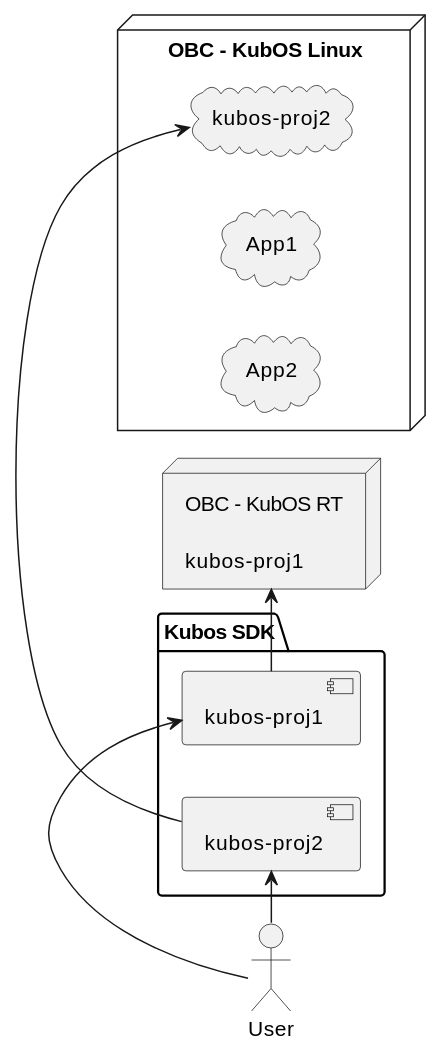
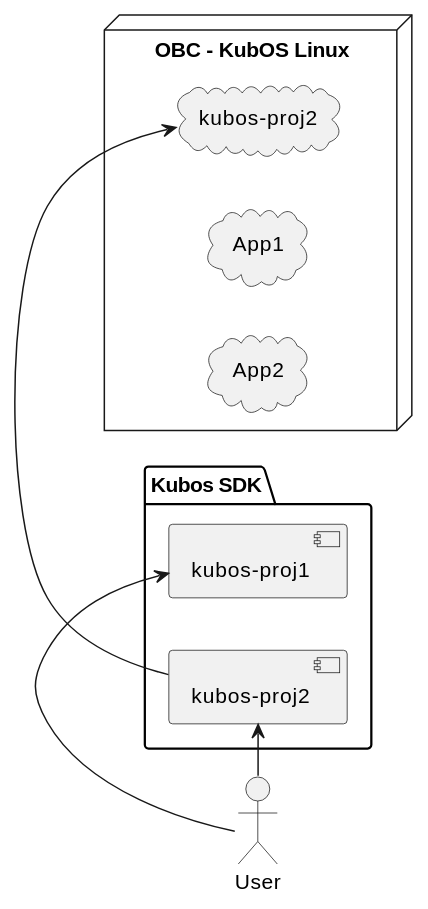
One commit to kubos/kubos changed the diagram in docs/first-time-users.rst. Above: the diagram before and after it, drawn with PlantUML. The commit also changed other lines of this file and 4 other files, not shown here.

```diff
--- a/docs/first-time-users.rst
+++ b/docs/first-time-users.rst
@@ -4,25 +4,23 @@
 .. uml::
 
     @startuml
     left to right direction
     
     actor User
     
     folder "Kubos SDK" {
         [kubos-proj1] as proj1
         [kubos-proj2] as proj2
     }
     
     node "OBC - KubOS Linux" {
         cloud "kubos-proj2" as application
         cloud "App1"
         cloud "App2"
     } 
-    node "OBC - KubOS RT\n\nkubos-proj1" as RTOBC
     
     User -> proj1
-    proj1 -> RTOBC
     proj2 -> application
     User -> proj2
     
     @enduml
```
